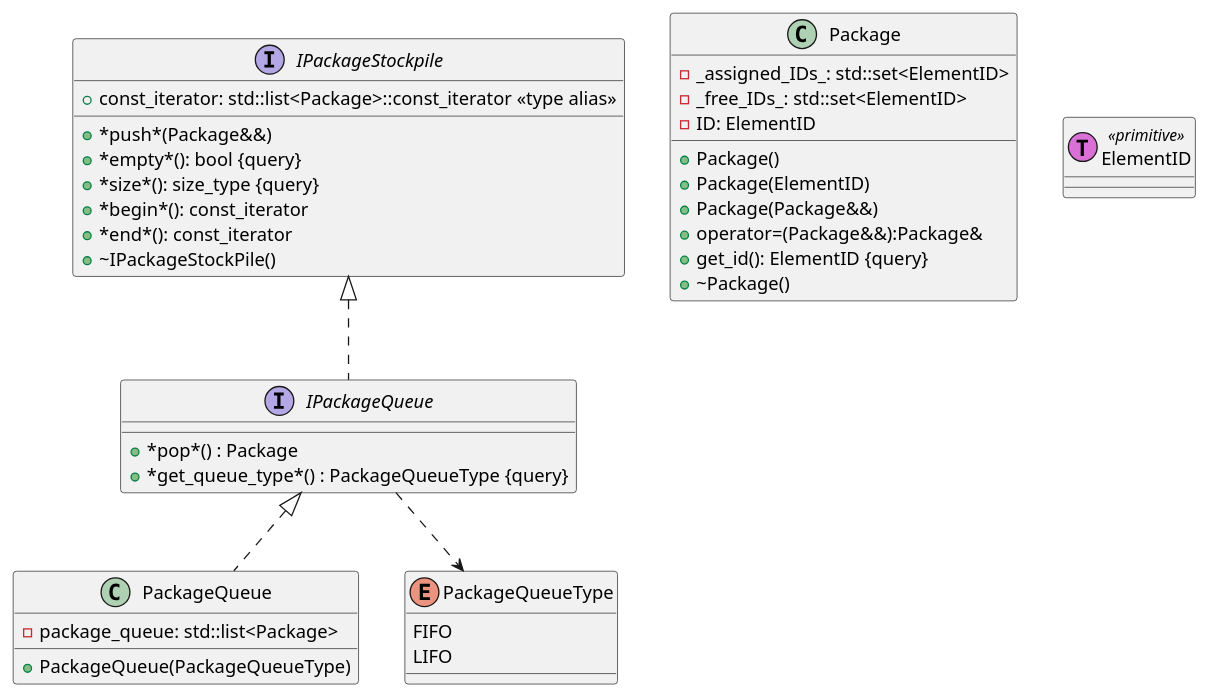
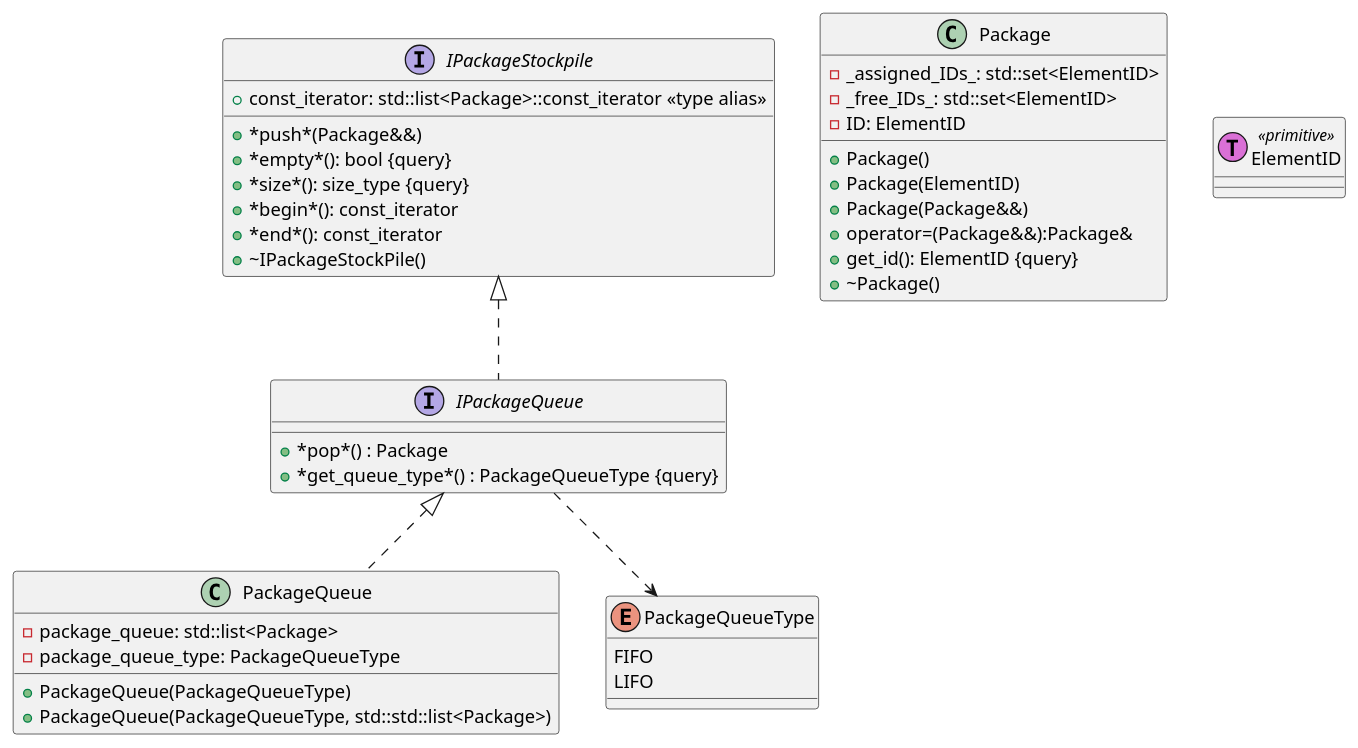
Before and after one commit to WladcaPomaranczy/NetSimAgh: the diagram in NetSim (produkty i ich przechowywanie) - rozwiązanie zadań/UML/diag.puml, drawn with PlantUML. The commit also changed 2 other files, not shown here.

Commit message:
Dodałem wstępną implementację interfejsów IPackageStockpile, IPackageQueue oraz klasy PackageQueue

```diff
--- a/NetSim (produkty i ich przechowywanie) - rozwiązanie zadań/UML/diag.puml
+++ b/NetSim (produkty i ich przechowywanie) - rozwiązanie zadań/UML/diag.puml
@@ -1,49 +1,51 @@
 @startuml
 
 class PackageQueue{
 + PackageQueue(PackageQueueType)
++ PackageQueue(PackageQueueType, std::std::list<Package>)
 - package_queue: std::list<Package>
+- package_queue_type: PackageQueueType
 }
 
 interface IPackageQueue{
 + *pop*() : Package
 + *get_queue_type*() : PackageQueueType {query}
 }
 
 interface IPackageStockpile{
 + *push*(Package&&)
 + *empty*(): bool {query}
 + *size*(): size_type {query}
 + const_iterator: std::list<Package>::const_iterator <<type alias>>
 + *begin*(): const_iterator
 + *end*(): const_iterator
 + ~IPackageStockPile()
 }
 
 IPackageQueue <|.. PackageQueue
 
 IPackageStockpile <|.. IPackageQueue
 
 enum PackageQueueType{
 FIFO
 LIFO
 }
 
 IPackageQueue ..> PackageQueueType
 
 class Package {
 +Package()
 +Package(ElementID)
 +Package(Package&&)
 +operator=(Package&&):Package&
 +get_id(): ElementID {query}
 +~Package()
 
 -_assigned_IDs_: std::set<ElementID>
 -_free_IDs_: std::set<ElementID>
 -ID: ElementID
 }
 
 class ElementID << (T,orchid) primitive>>
 
 @enduml
```
